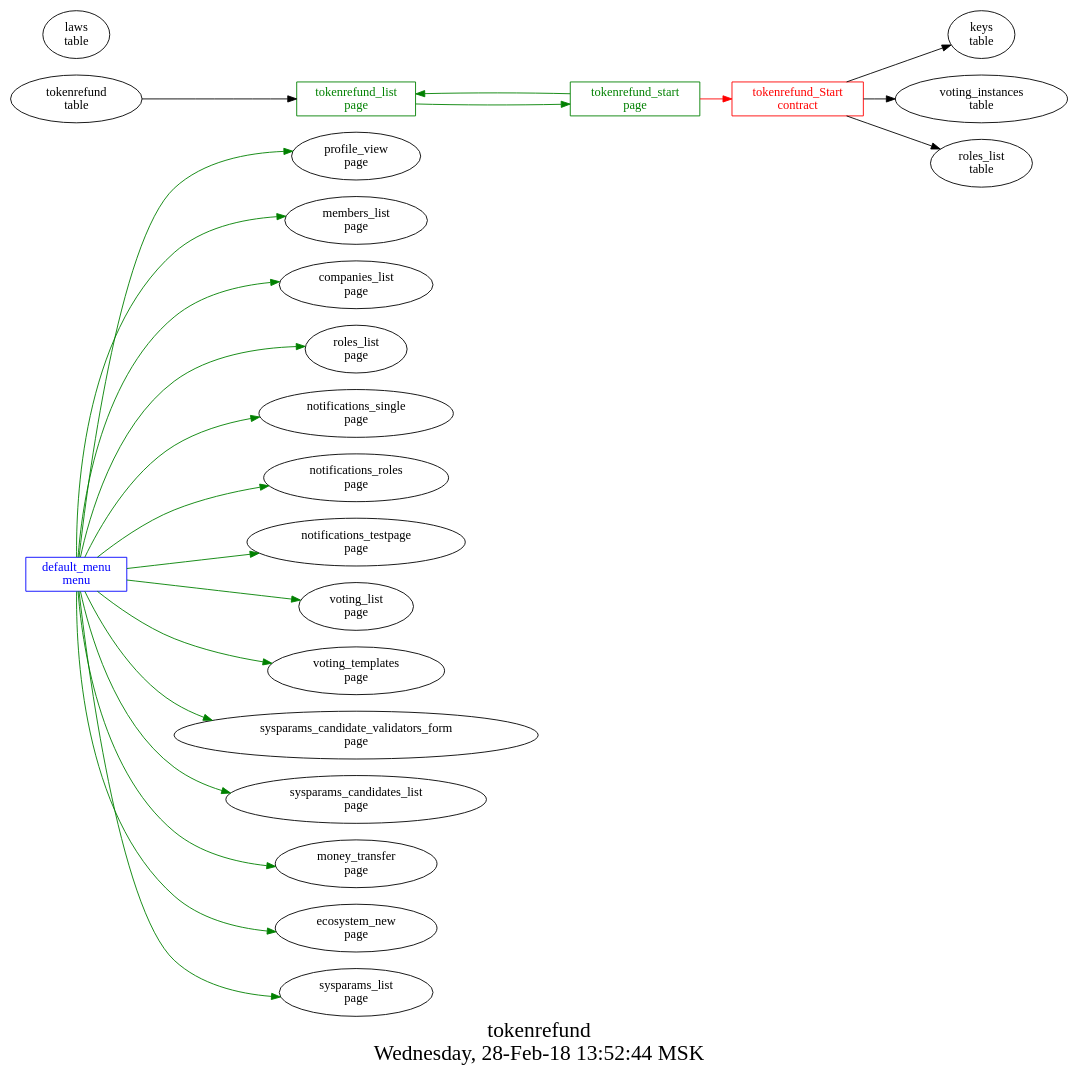
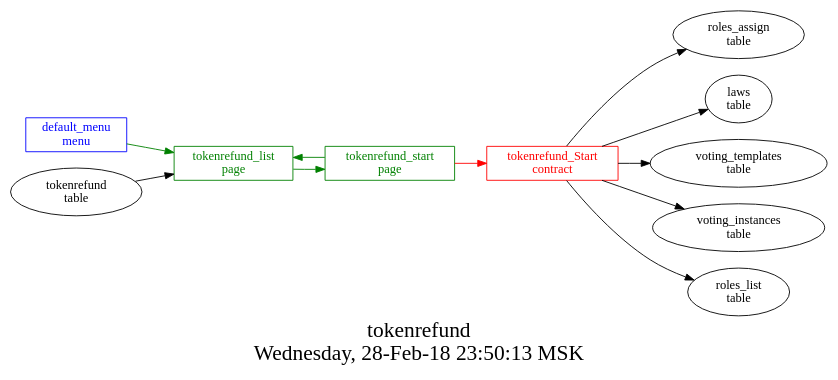
Before and after one commit to AplaProject/apps: the diagram in src/tokenrefund/struct.dot, drawn with Graphviz. The commit also changed 8 other files, not shown here.

```diff
--- a/src/tokenrefund/struct.dot
+++ b/src/tokenrefund/struct.dot
@@ -1,37 +1,26 @@
 digraph G {
 graph [
   fontsize="24";
-  label="tokenrefund\nWednesday, 28-Feb-18 13:52:44 MSK";
+  label="tokenrefund\nWednesday, 28-Feb-18 23:50:13 MSK";
   nojustify=true;
   ordering=out;
   rankdir=LR;
   size="30";
 ];
-"default_menu\nmenu" -> "profile_view\npage"  [ color=green ]
-"default_menu\nmenu" -> "members_list\npage"  [ color=green ]
-"default_menu\nmenu" -> "companies_list\npage"  [ color=green ]
-"default_menu\nmenu" -> "roles_list\npage"  [ color=green ]
-"default_menu\nmenu" -> "notifications_single\npage"  [ color=green ]
-"default_menu\nmenu" -> "notifications_roles\npage"  [ color=green ]
-"default_menu\nmenu" -> "notifications_testpage\npage"  [ color=green ]
-"default_menu\nmenu" -> "voting_list\npage"  [ color=green ]
-"default_menu\nmenu" -> "voting_templates\npage"  [ color=green ]
-"default_menu\nmenu" -> "sysparams_candidate_validators_form\npage"  [ color=green ]
-"default_menu\nmenu" -> "sysparams_candidates_list\npage"  [ color=green ]
-"default_menu\nmenu" -> "money_transfer\npage"  [ color=green ]
-"default_menu\nmenu" -> "ecosystem_new\npage"  [ color=green ]
-"default_menu\nmenu" -> "sysparams_list\npage"  [ color=green ]
+"default_menu\nmenu" -> "tokenrefund_list\npage"  [ color=green ]
 "default_menu\nmenu" [color=blue, fontcolor=blue, group=menus, shape=record];
 "tokenrefund\ntable" -> "tokenrefund_list\npage"  [ color="" ]
 "tokenrefund_list\npage" -> "tokenrefund_start\npage"  [ color=green ]
 "tokenrefund_list\npage" [color=green, fontcolor=green, group=pages, shape=record];
 "tokenrefund_start\npage" -> "tokenrefund_Start\ncontract"  [ color=red ]
 "tokenrefund_start\npage" -> "tokenrefund_list\npage"  [ color=green ]
 "tokenrefund_start\npage" [color=green, fontcolor=green, group=pages, shape=record];
-"tokenrefund_Start\ncontract" -> "keys\ntable"  [ color="" ]
+"tokenrefund_Start\ncontract" -> "roles_assign\ntable"  [ color="" ]
+"tokenrefund_Start\ncontract" -> "laws\ntable"  [ color="" ]
+"tokenrefund_Start\ncontract" -> "voting_templates\ntable"  [ color="" ]
 "tokenrefund_Start\ncontract" -> "voting_instances\ntable"  [ color="" ]
 "tokenrefund_Start\ncontract" -> "roles_list\ntable"  [ color="" ]
 "tokenrefund_Start\ncontract" [color=red, fontcolor=red, group=contracts, shape=record];
 "laws\ntable" [color="", fontcolor="", group=tables, shape=""];
 "tokenrefund\ntable" [color="", fontcolor="", group=tables, shape=""];
 }
```
